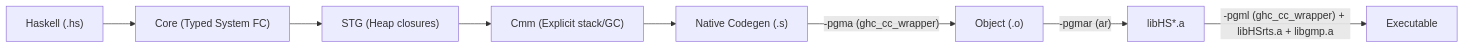
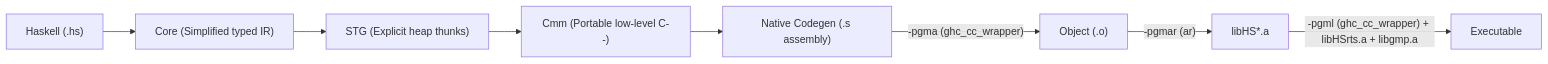
One commit to kaycebasques/hs changed the second of 2 diagrams in docs/content/internals/haskell-and-ghc-primer.md. Above: the diagram before and after it, drawn with Mermaid. The commit also changed other lines of this file and 3 other files, not shown here.

````diff
--- a/docs/content/internals/haskell-and-ghc-primer.md
+++ b/docs/content/internals/haskell-and-ghc-primer.md
@@ -182,10 +250,10 @@
 ```mermaid
 flowchart LR
-    HS["Haskell (.hs)"] --> CORE["Core (Typed System FC)"]
-    CORE --> STG["STG (Heap closures)"]
-    STG --> CMM["Cmm (Explicit stack/GC)"]
-    CMM --> NCG["Native Codegen (.s)"]
+    HS["Haskell (.hs)"] --> CORE["Core (Simplified typed IR)"]
+    CORE --> STG["STG (Explicit heap thunks)"]
+    STG --> CMM["Cmm (Portable low-level C--)"]
+    CMM --> NCG["Native Codegen (.s assembly)"]
     NCG -->|"-pgma (ghc_cc_wrapper)"| OBJ["Object (.o)"]
     OBJ -->|"-pgmar (ar)"| LIB["libHS*.a"]
     LIB -->|"-pgml (ghc_cc_wrapper) + libHSrts.a + libgmp.a"| BIN["Executable"]
 ```
````
